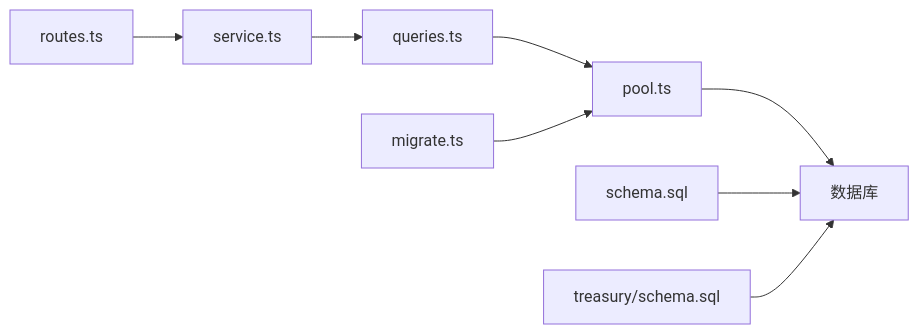
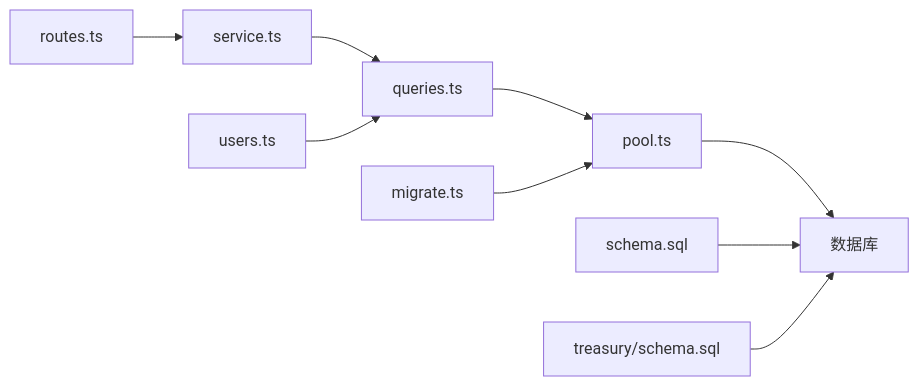
The ninth of 9 diagrams in .qoder/repowiki/zh/content/数据流与状态管理/数据持久化层.md (Maki3991/study-PactLedger), drawn with Mermaid before and after one commit. The commit also changed other lines of this file and 15 other files, not shown here.

````diff
--- a/.qoder/repowiki/zh/content/数据流与状态管理/数据持久化层.md
+++ b/.qoder/repowiki/zh/content/数据流与状态管理/数据持久化层.md
@@ -285,10 +335,11 @@
 ```mermaid
 graph LR
 Routes["routes.ts"] --> Service["service.ts"]
 Service --> Queries["queries.ts"]
 Queries --> Pool["pool.ts"]
 Pool --> DB["数据库"]
 Migrate["migrate.ts"] --> Pool
 Schema["schema.sql"] --> DB
 TreasurySchema["treasury/schema.sql"] --> DB
+WebUsers["users.ts"] --> Queries
 ```
````
